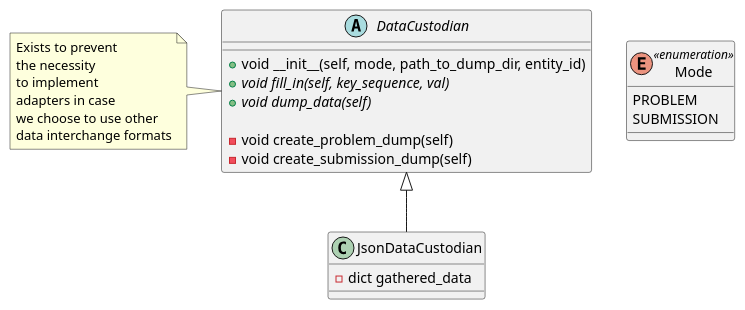
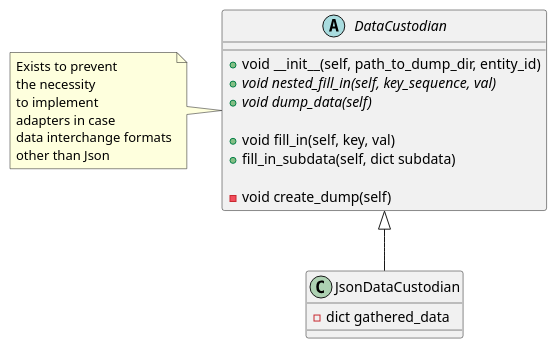
Before and after one commit to IgorZhiltsoff/TPy_project: the diagram in Interface/CmdLineIF/DataCustodian/Class_DataCustodian.puml, drawn with PlantUML. The commit also changed 4 other files, not shown here.

```diff
--- a/Interface/CmdLineIF/DataCustodian/Class_DataCustodian.puml
+++ b/Interface/CmdLineIF/DataCustodian/Class_DataCustodian.puml
@@ -1,37 +1,30 @@
 @startuml
 'https://plantuml.com/class-diagram
 
-skinparam enum {
-  BackgroundColor LightBlue
-}
-
-enum Mode <<enumeration>> {
-PROBLEM
-SUBMISSION
-}
-
 abstract class DataCustodian {
-    +void __init__(self, mode, path_to_dump_dir, entity_id)
-    +{abstract} void fill_in(self, key_sequence, val)
+    +void __init__(self, path_to_dump_dir, entity_id)
+    +{abstract} void nested_fill_in(self, key_sequence, val)
     +{abstract} void dump_data(self)
 
-    -void create_problem_dump(self)
-    -void create_submission_dump(self)
+    +void fill_in(self, key, val)
+    +fill_in_subdata(self, dict subdata)
+
+    -void create_dump(self)
 }
 
 note left of DataCustodian
 Exists to prevent
 the necessity
 to implement
 adapters in case
-we choose to use other
 data interchange formats
+other than Json
 end note
 
 class JsonDataCustodian {
     -dict gathered_data
 }
 
 DataCustodian <|-- JsonDataCustodian
 
 @enduml
```
